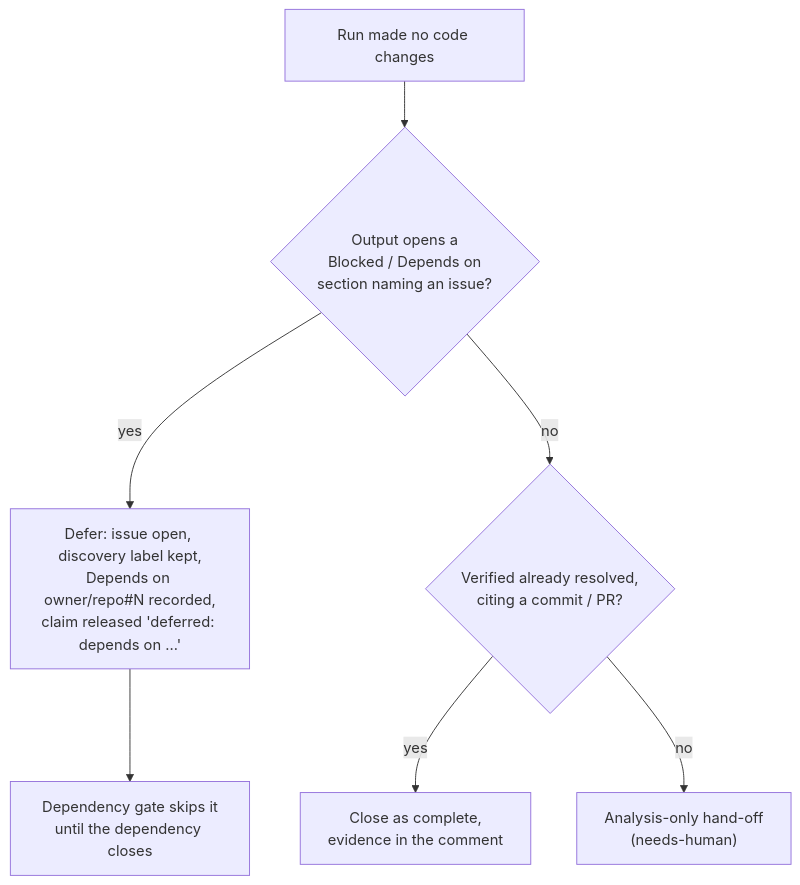
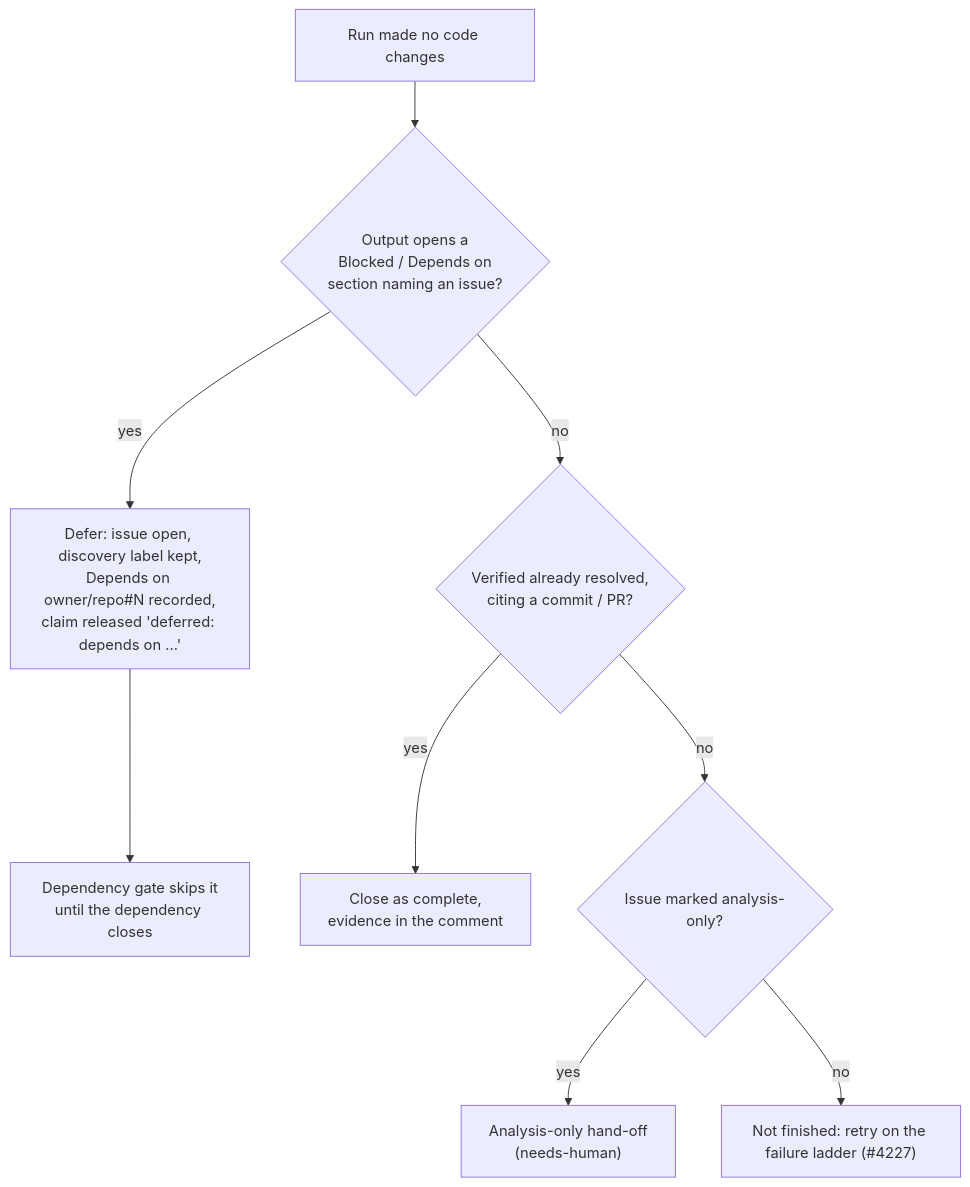
One commit to stSoftwareAU/VibeCoder changed the eighth of 9 diagrams in DESIGN-PRINCIPLES.md. Above: the diagram before and after it, drawn with Mermaid. The commit also changed other lines of this file and 1 other file, not shown here.

Commit message:
Align operator hand-off guidance with approved-issue retries

````diff
--- a/DESIGN-PRINCIPLES.md
+++ b/DESIGN-PRINCIPLES.md
@@ -2946,9 +2947,11 @@
 ```mermaid
 flowchart TD
     N["Run made no code changes"] --> B{"Output opens a<br/>Blocked / Depends on<br/>section naming an issue?"}
     B -- yes --> D["Defer: issue open, discovery label kept,<br/>Depends on owner/repo#N recorded,<br/>claim released 'deferred: depends on …'"]
     D --> G["Dependency gate skips it<br/>until the dependency closes"]
     B -- no --> C{"Verified already resolved,<br/>citing a commit / PR?"}
     C -- yes --> X["Close as complete,<br/>evidence in the comment"]
-    C -- no --> A["Analysis-only hand-off<br/>(needs-human)"]
+    C -- no --> A{"Issue marked analysis-only?"}
+    A -- yes --> H["Analysis-only hand-off<br/>(needs-human)"]
+    A -- no --> R["Not finished: retry on the failure ladder (#4227)"]
 ```
````
